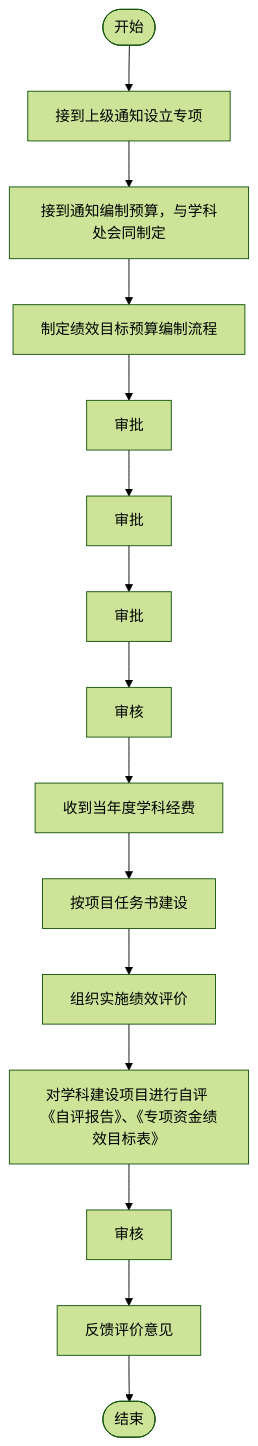
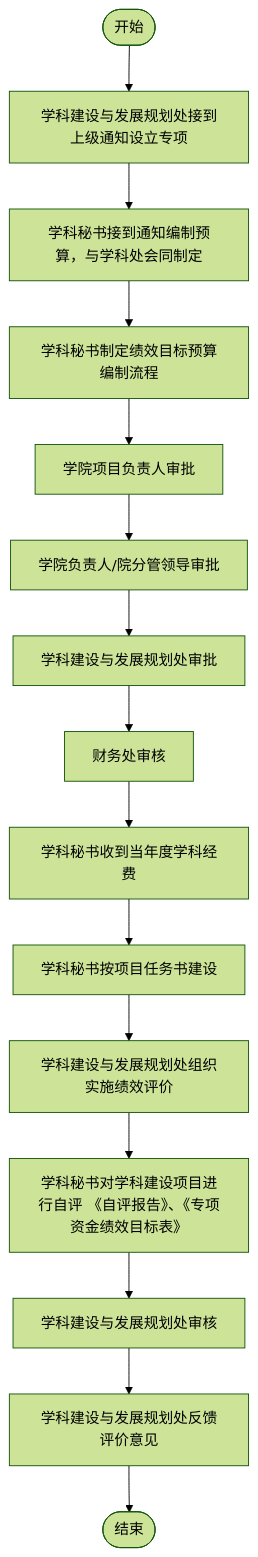
The diagram in outline2flow/mmd_outputs/page_64.mmd (AmyIvan/work1), drawn with Mermaid (forest theme) before and after one commit. The commit also changed 138 other files, not shown here.

```diff
--- a/outline2flow/mmd_outputs/page_64.mmd
+++ b/outline2flow/mmd_outputs/page_64.mmd
@@ -1,15 +1,15 @@
 flowchart TD
-    Start(["开始"]) --> A[接到上级通知设立专项]
-    A --> B[接到通知编制预算，与学科处会同制定]
-    B --> C[制定绩效目标预算编制流程]
-    C --> D[审批]
-    D --> E[审批]
-    E --> F[审批]
-    F --> G[审核]
-    G --> H[收到当年度学科经费]
-    H --> I[按项目任务书建设]
-    I --> J[组织实施绩效评价]
-    J --> K[对学科建设项目进行自评 《自评报告》、《专项资金绩效目标表》]
-    K --> L[审核]
-    L --> M[反馈评价意见]
+    Start(["开始"]) --> A[学科建设与发展规划处接到上级通知设立专项]
+    A --> B[学科秘书接到通知编制预算，与学科处会同制定]
+    B --> C[学科秘书制定绩效目标预算编制流程]
+    C --> D[学院项目负责人审批]
+    D --> E[学院负责人/院分管领导审批]
+    E --> F[学科建设与发展规划处审批]
+    F --> G[财务处审核]
+    G --> H[学科秘书收到当年度学科经费]
+    H --> I[学科秘书按项目任务书建设]
+    I --> J[学科建设与发展规划处组织实施绩效评价]
+    J --> K[学科秘书对学科建设项目进行自评 《自评报告》、《专项资金绩效目标表》]
+    K --> L[学科建设与发展规划处审核]
+    L --> M[学科建设与发展规划处反馈评价意见]
     M --> End(["结束"])
```
